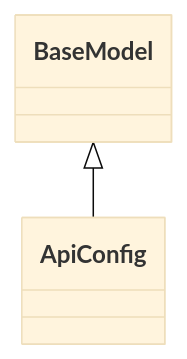
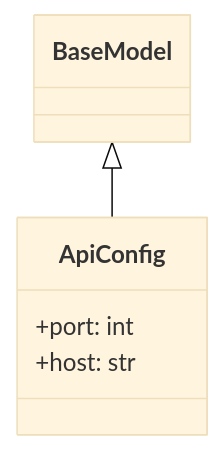
Before and after one commit to Brunvelop/autocode: the sixth of 15 diagrams in design/autocode/api/models_items.md, drawn with Mermaid (base theme). The commit also changed other lines of this file and 8 other files, not shown here.

````diff
--- a/design/autocode/api/models_items.md
+++ b/design/autocode/api/models_items.md
@@ -85,7 +104,9 @@
 ```mermaid
 classDiagram
     class ApiConfig {
+        +port: int
+        +host: str
     }
     BaseModel <|-- ApiConfig
 
 ```
````
